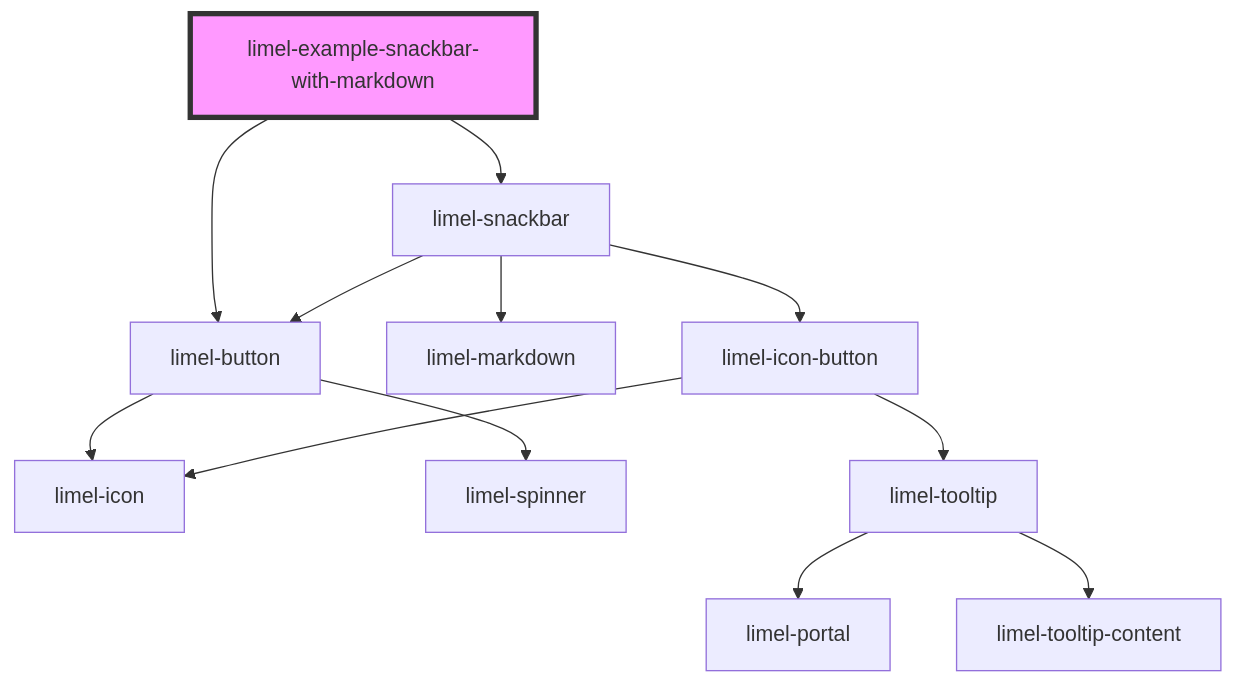
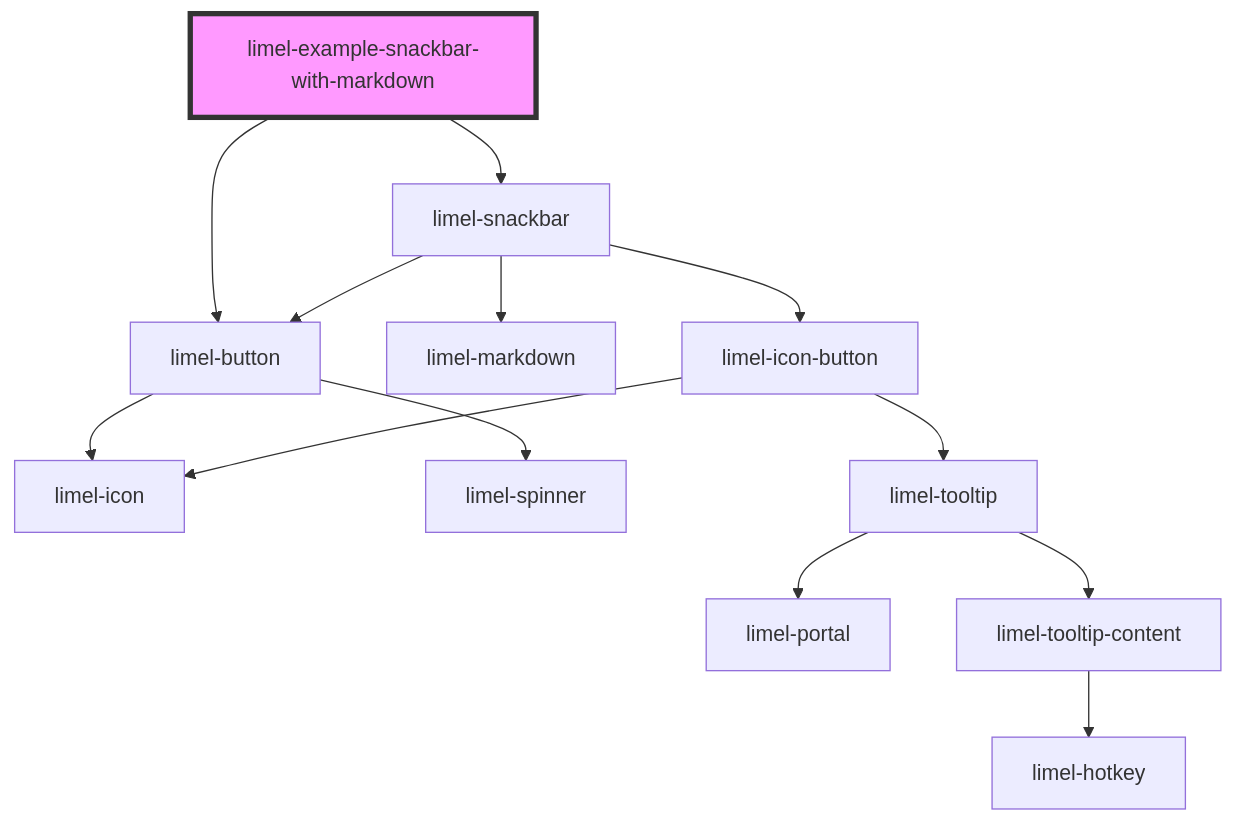
The diagram in versions/PR-4049/markdown-docs/components/snackbar/examples/readme.md (Lundalogik/lime-elements), drawn with Mermaid before and after one commit. The commit also changed 117 other files, not shown here.

````diff
--- a/versions/PR-4049/markdown-docs/components/snackbar/examples/readme.md
+++ b/versions/PR-4049/markdown-docs/components/snackbar/examples/readme.md
@@ -45,15 +45,16 @@
 ```mermaid
 graph TD;
   limel-example-snackbar-with-markdown --> limel-button
   limel-example-snackbar-with-markdown --> limel-snackbar
   limel-button --> limel-icon
   limel-button --> limel-spinner
   limel-snackbar --> limel-markdown
   limel-snackbar --> limel-button
   limel-snackbar --> limel-icon-button
   limel-icon-button --> limel-icon
   limel-icon-button --> limel-tooltip
   limel-tooltip --> limel-portal
   limel-tooltip --> limel-tooltip-content
+  limel-tooltip-content --> limel-hotkey
   style limel-example-snackbar-with-markdown fill:#f9f,stroke:#333,stroke-width:4px
 ```
````
